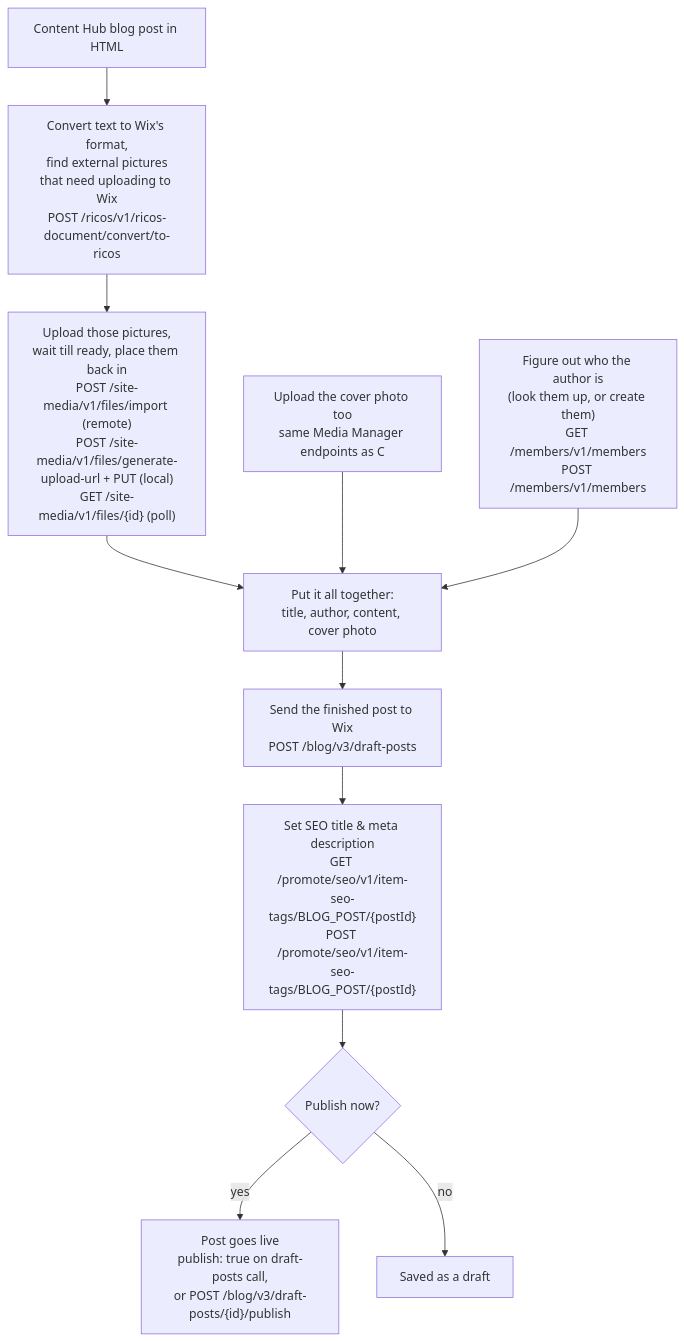
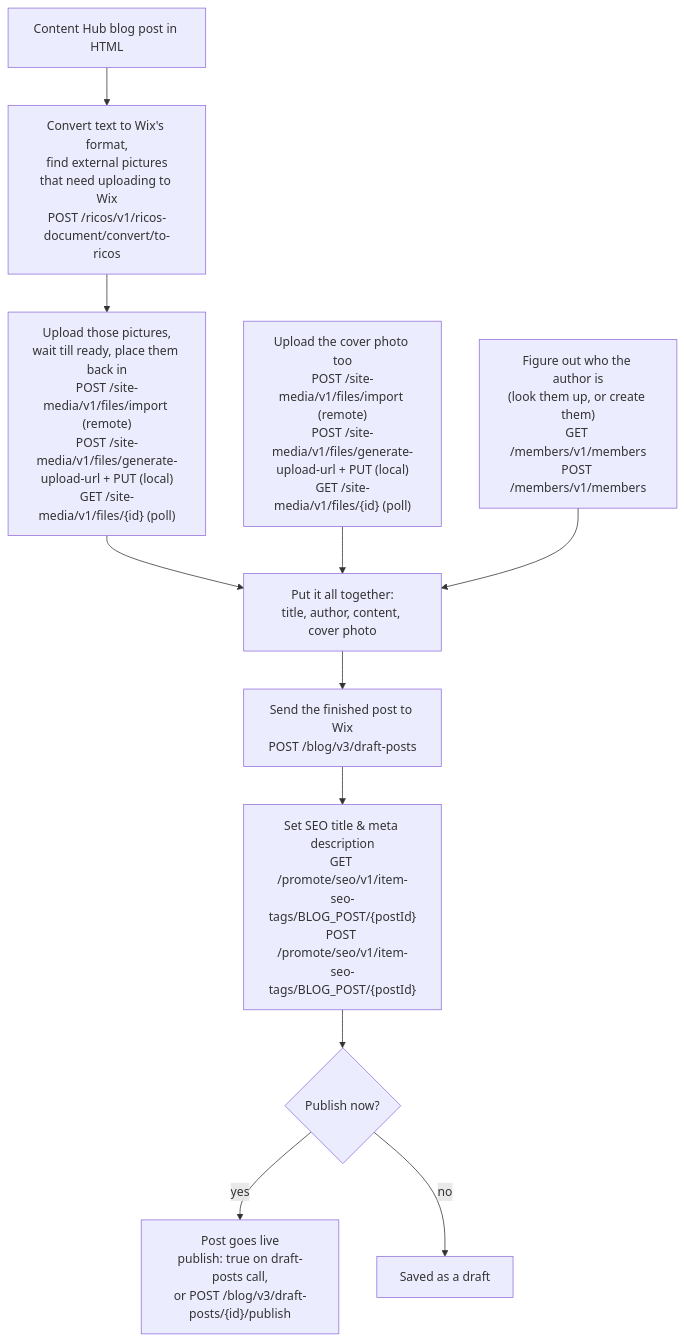
Before and after one commit to Frontend-Falcon/wix-demo: the second of 2 diagrams in docs/wix-blog-publish-guide.md, drawn with Mermaid.

````diff
--- a/docs/wix-blog-publish-guide.md
+++ b/docs/wix-blog-publish-guide.md
@@ -50,14 +50,14 @@
 ```mermaid
 flowchart TD
     A["Content Hub blog post in HTML"] --> E
     E["Convert text to Wix's format,\nfind external pictures\nthat need uploading to Wix\nPOST /ricos/v1/ricos-document/convert/to-ricos"] --> C
     C["Upload those pictures,\nwait till ready, place them back in\nPOST /site-media/v1/files/import (remote)\nPOST /site-media/v1/files/generate-upload-url + PUT (local)\nGET /site-media/v1/files/{id} (poll)"] --> H
-    Cover["Upload the cover photo too\nsame Media Manager endpoints as C"] --> H
+    Cover["Upload the cover photo too\nPOST /site-media/v1/files/import (remote)\nPOST /site-media/v1/files/generate-upload-url + PUT (local)\nGET /site-media/v1/files/{id} (poll)"] --> H
     G["Figure out who the author is\n(look them up, or create them)\nGET /members/v1/members\nPOST /members/v1/members"] --> H
     H["Put it all together:\ntitle, author, content, cover photo"]
     H --> J["Send the finished post to Wix\nPOST /blog/v3/draft-posts"]
     J --> N["Set SEO title & meta description\nGET /promote/seo/v1/item-seo-tags/BLOG_POST/{postId}\nPOST /promote/seo/v1/item-seo-tags/BLOG_POST/{postId}"]
     N --> K{"Publish now?"}
     K -->|yes| L["Post goes live\npublish: true on draft-posts call,\nor POST /blog/v3/draft-posts/{id}/publish"]
     K -->|no| M["Saved as a draft"]
 ```
````
